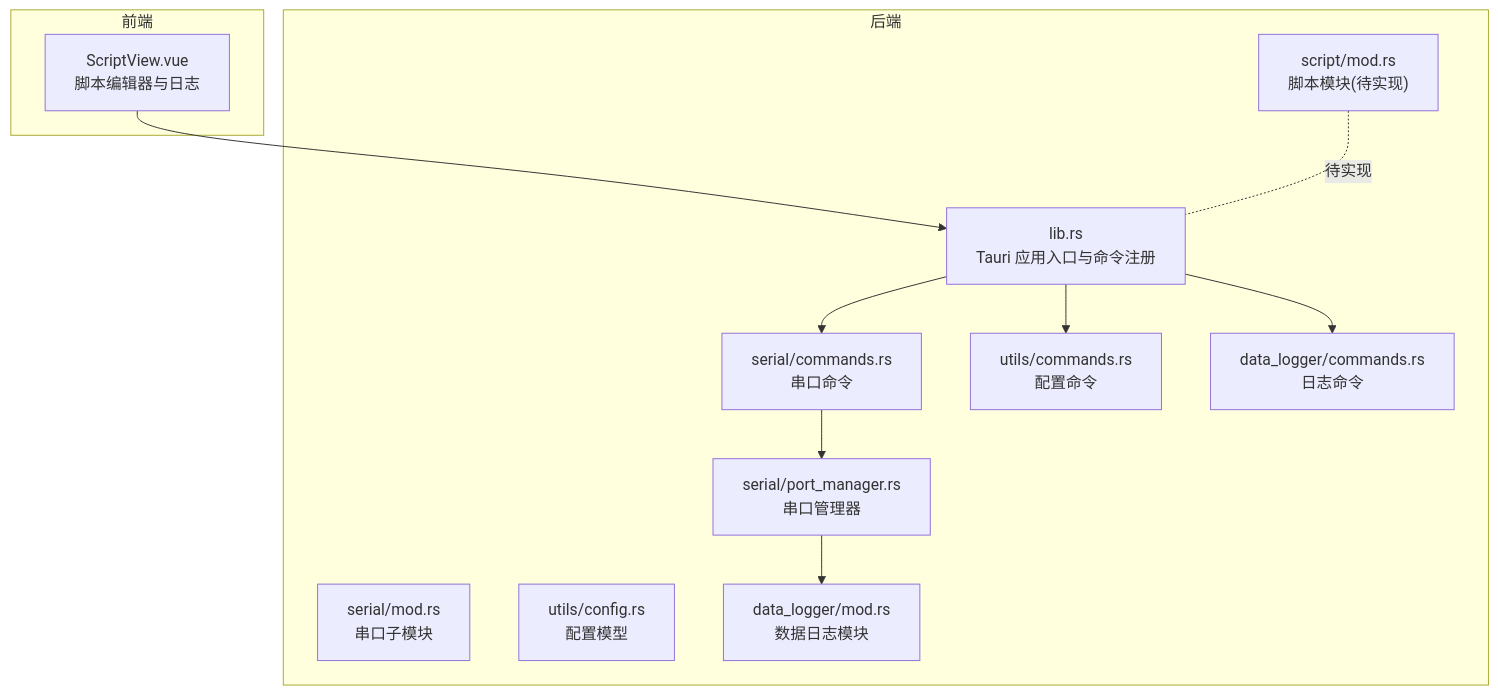
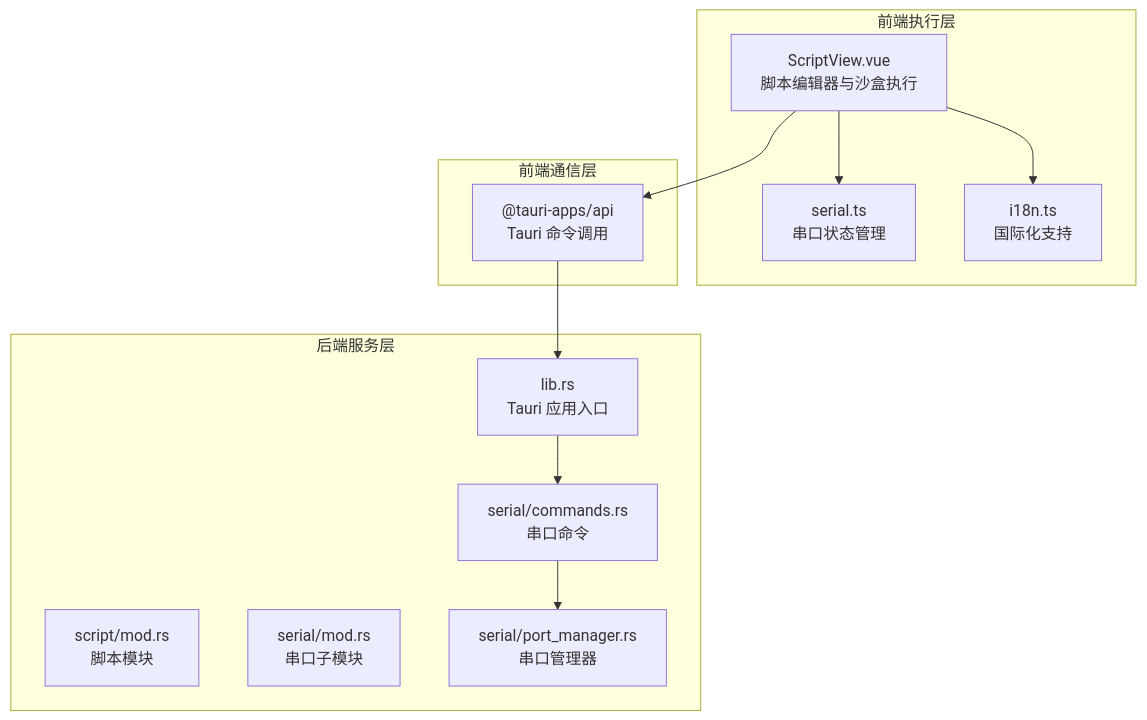
One commit to elabdlut/KonSerial changed the first of 3 diagrams in .qoder/repowiki/zh/content/脚本系统.md. Above: the diagram before and after it, drawn with Mermaid. The commit also changed other lines of this file and 20 other files, not shown here.

````diff
--- a/.qoder/repowiki/zh/content/脚本系统.md
+++ b/.qoder/repowiki/zh/content/脚本系统.md
@@ -46,24 +50,24 @@
 ```mermaid
 graph TB
-subgraph "前端"
-SV["ScriptView.vue<br/>脚本编辑器与日志"]
+subgraph "前端执行层"
+SV["ScriptView.vue<br/>脚本编辑器与沙盒执行"]
+SM["serial.ts<br/>串口状态管理"]
+IM["i18n.ts<br/>国际化支持"]
 end
-subgraph "后端"
-LIB["lib.rs<br/>Tauri 应用入口与命令注册"]
-MOD_SCRIPT["script/mod.rs<br/>脚本模块(待实现)"]
-MOD_SERIAL["serial/mod.rs<br/>串口子模块"]
-CMD_SERIAL["serial/commands.rs<br/>串口命令"]
+subgraph "前端通信层"
+TAURI["@tauri-apps/api<br/>Tauri 命令调用"]
+end
+subgraph "后端服务层"
+LIB["lib.rs<br/>Tauri 应用入口"]
+SCRIPT["script/mod.rs<br/>脚本模块"]
+SERIAL["serial/mod.rs<br/>串口子模块"]
+CMDS["serial/commands.rs<br/>串口命令"]
 PM["serial/port_manager.rs<br/>串口管理器"]
-CMD_UTILS["utils/commands.rs<br/>配置命令"]
-CFG["utils/config.rs<br/>配置模型"]
-DL_MOD["data_logger/mod.rs<br/>数据日志模块"]
-DL_CMD["data_logger/commands.rs<br/>日志命令"]
 end
-SV --> LIB
-LIB --> CMD_SERIAL
-LIB --> CMD_UTILS
-LIB --> DL_CMD
-CMD_SERIAL --> PM
-PM --> DL_MOD
-MOD_SCRIPT -. "待实现" .- LIB
+SV --> SM
+SV --> IM
+SV --> TAURI
+TAURI --> LIB
+LIB --> CMDS
+CMDS --> PM
 ```
````
